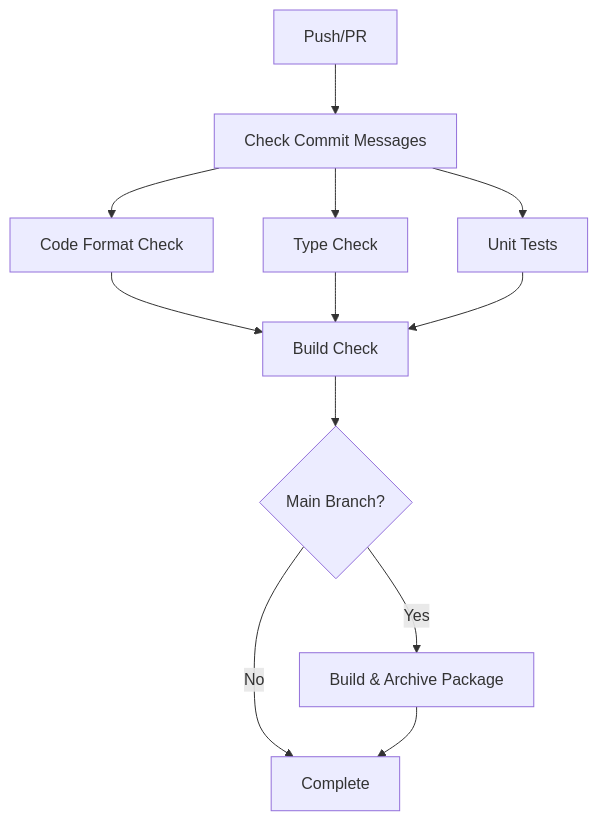
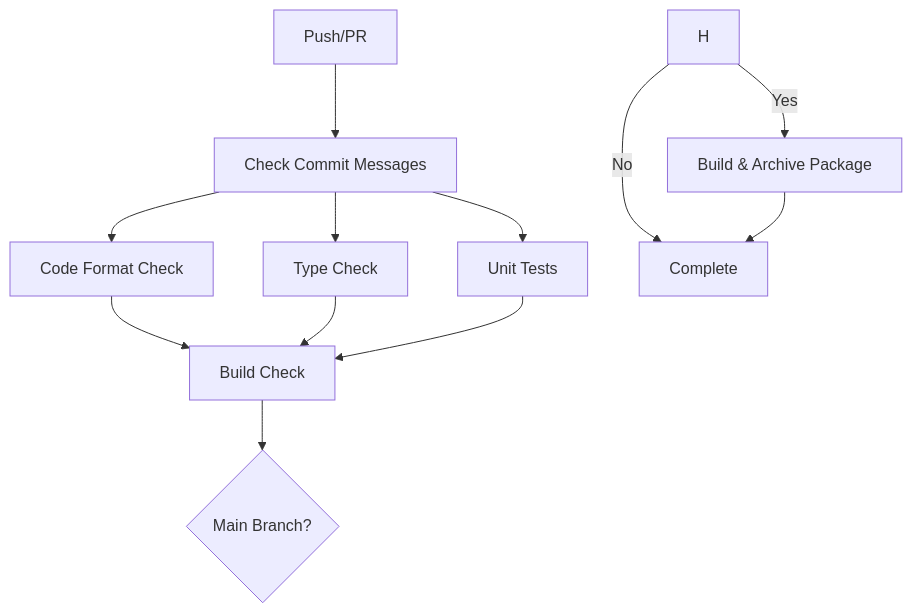
The diagram in README.md (Sz-Ltc/CICD-Test-v2), drawn with Mermaid before and after one commit. The commit also changed other lines of this file and 2 other files, not shown here.

````diff
--- a/README.md
+++ b/README.md
@@ -134,14 +133,14 @@
 ```mermaid
 graph TD
     A[Push/PR] --> B[Check Commit Messages]
     B --> C[Code Format Check]
     B --> D[Type Check]
     B --> E[Unit Tests]
-    C --> G[Build Check]
-    D --> G
-    E --> G
-    G --> H{Main Branch?}
+    C --> F[Build Check]
+    D --> F
+    E --> F
+    F --> G{Main Branch?}
     H -->|Yes| I[Build & Archive Package]
     H -->|No| J[Complete]
     I --> J
 ```
````
